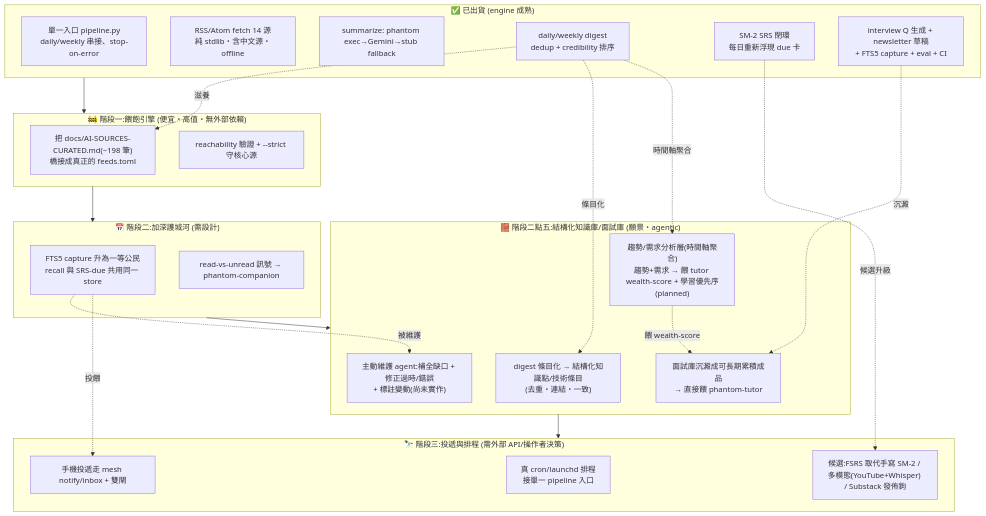
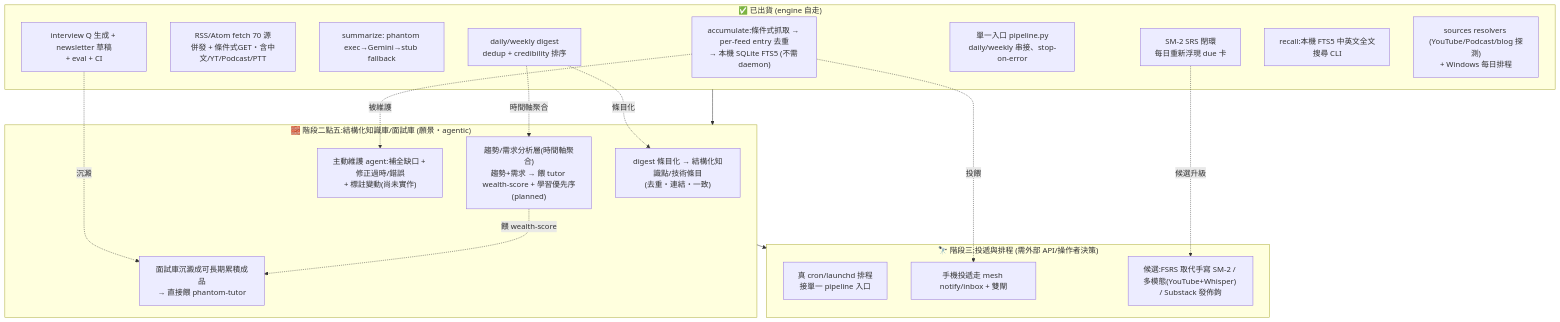
Before and after one commit to markl-a/phantom-ai-feed: the diagram in docs/phantom-ai-feed.md, drawn with Mermaid. The commit also changed other lines of this file, not shown here.

First line of the commit message:
docs: update main doc to current reality (engine self-running)

````diff
--- a/docs/phantom-ai-feed.md
+++ b/docs/phantom-ai-feed.md
@@ -272,44 +283,36 @@
 ```mermaid
 flowchart TD
-    subgraph DONE["✅ 已出貨 (engine 成熟)"]
+    subgraph DONE["✅ 已出貨 (engine 自走)"]
         A1["單一入口 pipeline.py<br/>daily/weekly 串接、stop-on-error"]
-        A2["RSS/Atom fetch 14 源<br/>純 stdlib・含中文源・offline"]
+        A2["RSS/Atom fetch 70 源<br/>併發 + 條件式GET・含中文/YT/Podcast/PTT"]
         A3["summarize: phantom exec→Gemini→stub fallback"]
         A4["daily/weekly digest<br/>dedup + credibility 排序"]
         A5["SM-2 SRS 閉環<br/>每日重新浮現 due 卡"]
-        A6["interview Q 生成 + newsletter 草稿<br/>+ FTS5 capture + eval + CI"]
-    end
-
-    subgraph P1["🚧 階段一:餵飽引擎 (便宜・高值・無外部依賴)"]
-        B1["把 docs/AI-SOURCES-CURATED.md(~198 筆)<br/>橋接成真正的 feeds.toml"]
-        B2["reachability 驗證 + --strict 守核心源"]
-    end
-
-    subgraph P2["📅 階段二:加深護城河 (需設計)"]
-        C1["FTS5 capture 升為一等公民<br/>recall 與 SRS-due 共用同一 store"]
-        C2["read-vs-unread 訊號 → phantom-companion"]
+        A6["interview Q 生成 + newsletter 草稿<br/>+ eval + CI"]
+        A7["accumulate:條件式抓取 → per-feed entry 去重<br/>→ 本機 SQLite FTS5 (不需 daemon)"]
+        A8["recall:本機 FTS5 中英文全文搜尋 CLI"]
+        A9["sources resolvers (YouTube/Podcast/blog 探測)<br/>+ Windows 每日排程"]
     end
 
     subgraph P25["🧱 階段二點五:結構化知識庫/面試庫 (願景・agentic)"]
         E1["digest 條目化 → 結構化知識點/技術條目<br/>(去重・連結・一致)"]
         E2["面試庫沉澱成可長期累積成品<br/>→ 直接餵 phantom-tutor"]
         E3["主動維護 agent:補全缺口 + 修正過時/錯誤<br/>+ 標註變動(尚未實作)"]
         E4["趨勢/需求分析層(時間軸聚合)<br/>趨勢+需求 → 餵 tutor wealth-score + 學習優先序(planned)"]
     end
 
     subgraph P3["🔭 階段三:投遞與排程 (需外部 API/操作者決策)"]
         D1["真 cron/launchd 排程<br/>接單一 pipeline 入口"]
         D2["手機投遞走 mesh notify/inbox + 雙閘"]
         D3["候選:FSRS 取代手寫 SM-2 / 多模態(YouTube+Whisper) / Substack 發佈鉤"]
     end
 
-    DONE --> P1 --> P2 --> P25 --> P3
-    A4 -.滋養.-> B1
+    DONE --> P25 --> P3
     A4 -.條目化.-> E1
     A6 -.沉澱.-> E2
-    C1 -.被維護.-> E3
+    A7 -.被維護.-> E3
     A4 -.時間軸聚合.-> E4
     E4 -.餵 wealth-score.-> E2
     A5 -.候選升級.-> D3
-    C1 -.投餵.-> D2
+    A7 -.投餵.-> D2
 ```
````
